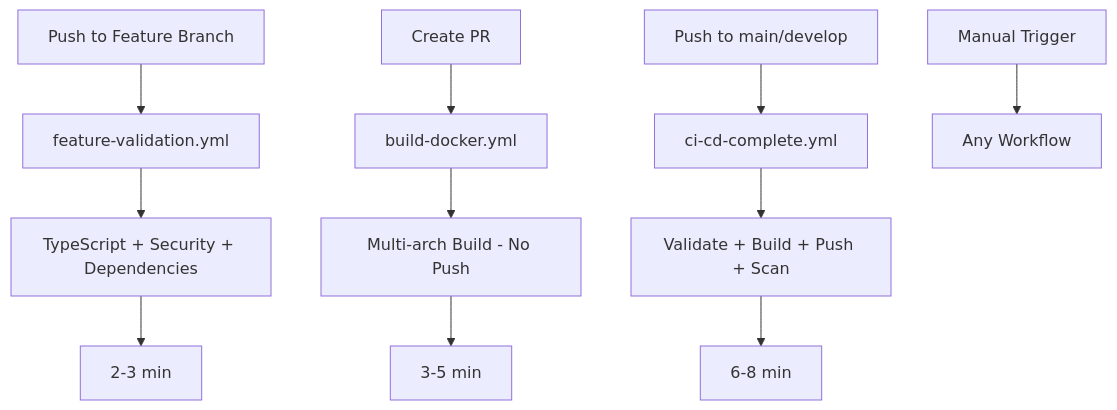
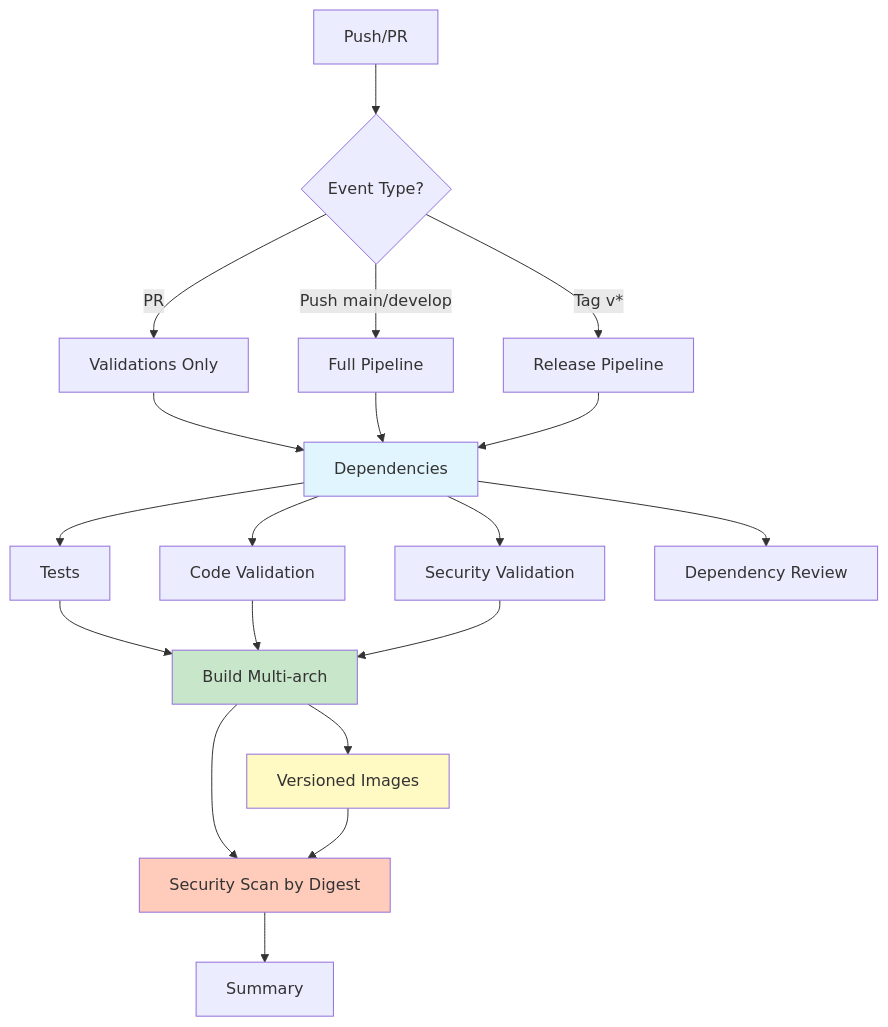
One commit to fede-r1c0/backstage changed the first of 3 diagrams in docs/CI_CD_STRATEGY.md. Above: the diagram before and after it, drawn with Mermaid. The commit also changed other lines of this file and 1 other file, not shown here.

````diff
--- a/docs/CI_CD_STRATEGY.md
+++ b/docs/CI_CD_STRATEGY.md
@@ -61,16 +82,29 @@
 ```mermaid
 graph TD
-    A[Push to Feature Branch] --> B[feature-validation.yml]
-    B --> C[TypeScript + Security + Dependencies]
-    C --> D[2-3 min]
+    A[Push/PR] --> B{Event Type?}
+    B -->|PR| C[Validations Only]
+    B -->|Push main/develop| D[Full Pipeline]
+    B -->|Tag v*| E[Release Pipeline]
     
-    E[Create PR] --> F[build-docker.yml]
-    F --> G[Multi-arch Build - No Push]
-    G --> H[3-5 min]
+    C --> F[Dependencies]
+    F --> G[Tests]
+    F --> H[Code Validation]
+    F --> I[Security Validation]
+    F --> J[Dependency Review]
     
-    I[Push to main/develop] --> J[ci-cd-complete.yml]
-    J --> K[Validate + Build + Push + Scan]
-    K --> L[6-8 min]
+    D --> F
+    G --> K[Build Multi-arch]
+    H --> K
+    I --> K
+    K --> L[Security Scan by Digest]
+    L --> M[Summary]
     
-    M[Manual Trigger] --> N[Any Workflow]
+    E --> F
+    K --> N[Versioned Images]
+    N --> L
+    
+    style F fill:#e1f5fe
+    style K fill:#c8e6c9
+    style L fill:#ffccbc
+    style N fill:#fff9c4
 ```
````
